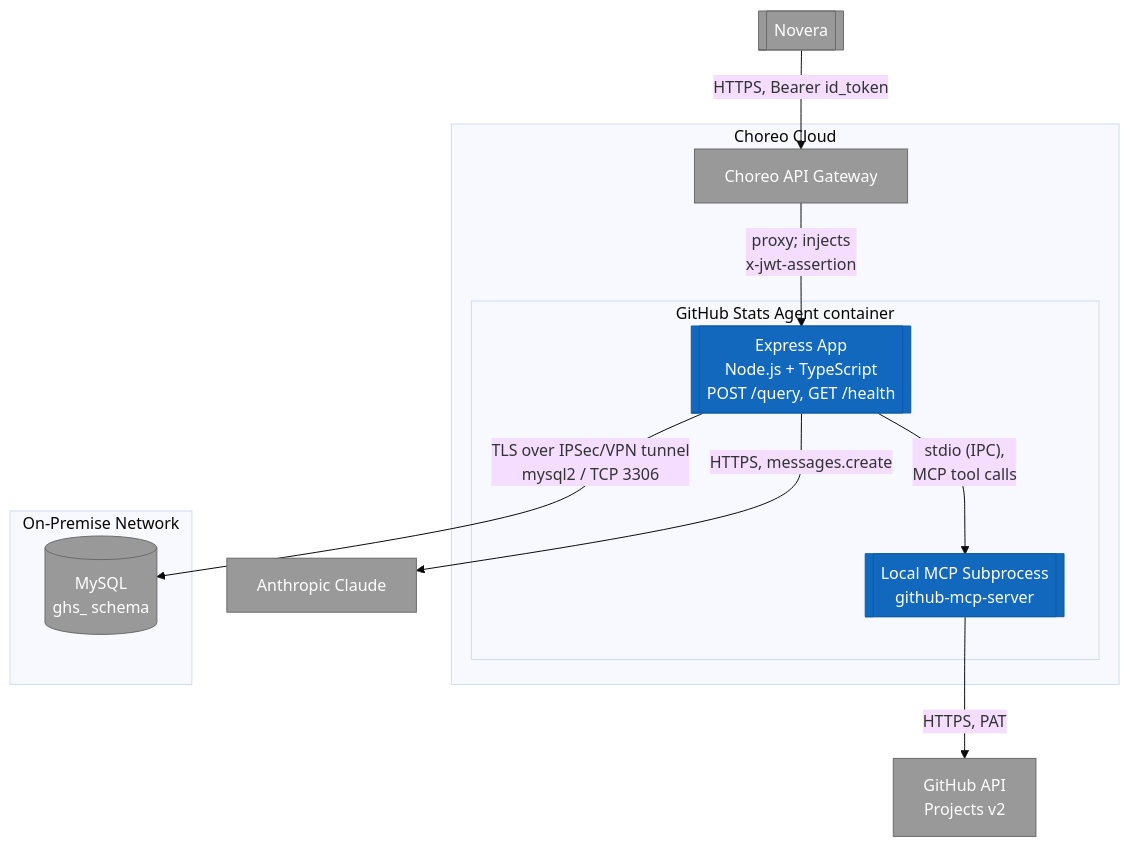
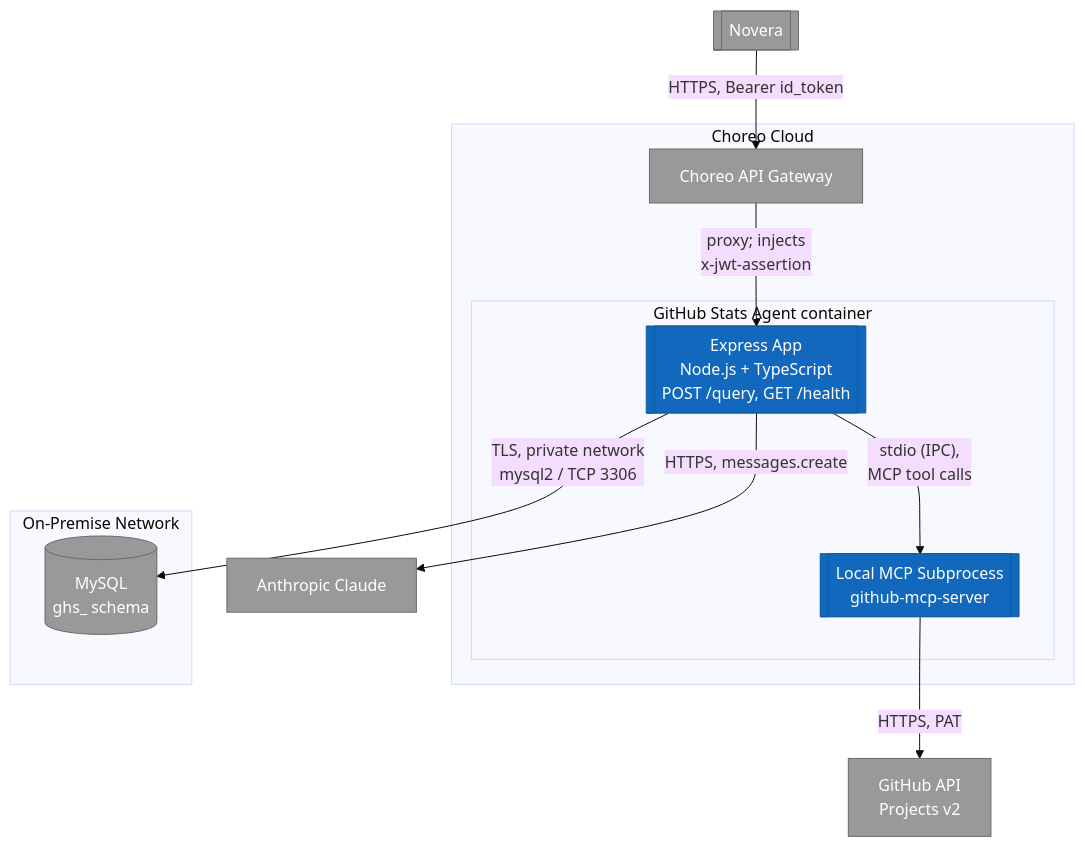
The second of 5 diagrams in mcp/gh-project-board-stats/ARCHITECTURE.md (madubashinii/engineering-tools), drawn with Mermaid (base theme) before and after one commit. The commit also changed other lines of this file and 1 other file, not shown here.

````diff
--- a/mcp/gh-project-board-stats/ARCHITECTURE.md
+++ b/mcp/gh-project-board-stats/ARCHITECTURE.md
@@ -38,31 +38,31 @@
 ```mermaid
 flowchart TB
     novera[[Novera]]
 
     subgraph choreo [Choreo Cloud]
         gateway[Choreo API Gateway]
         subgraph agent [GitHub Stats Agent container]
             express[[Express App<br/>Node.js + TypeScript<br/>POST /query, GET /health]]
             mcp[[Local MCP Subprocess<br/>github-mcp-server]]
         end
     end
 
     subgraph onprem [On-Premise Network]
         db[(MySQL<br/>ghs_ schema)]
     end
 
     claude[Anthropic Claude]
     github[GitHub API<br/>Projects v2]
 
     novera -- "HTTPS, Bearer id_token" --> gateway
     gateway -- "proxy; injects<br/>x-jwt-assertion" --> express
     express -- "stdio (IPC),<br/>MCP tool calls" --> mcp
     mcp -- "HTTPS, PAT" --> github
     express -- "HTTPS, messages.create" --> claude
-    express -- "TLS over IPSec/VPN tunnel<br/>mysql2 / TCP 3306" --> db
+    express -- "TLS, private network<br/>mysql2 / TCP 3306" --> db
 
     classDef inScope fill:#1168bd,color:#fff,stroke:#0e5ba6
     classDef ext fill:#999,color:#fff,stroke:#6b6b6b
     class express,mcp inScope
     class novera,claude,github,db,gateway ext
 ```
````
